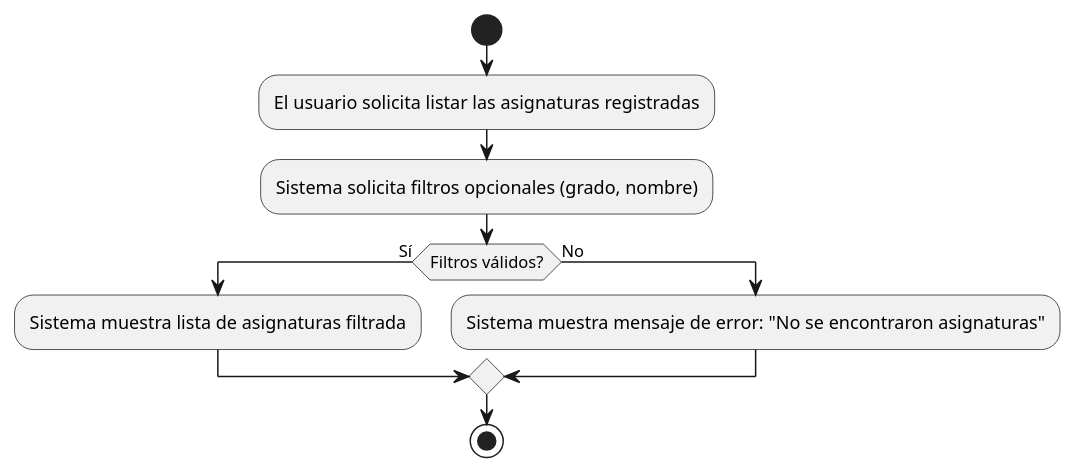
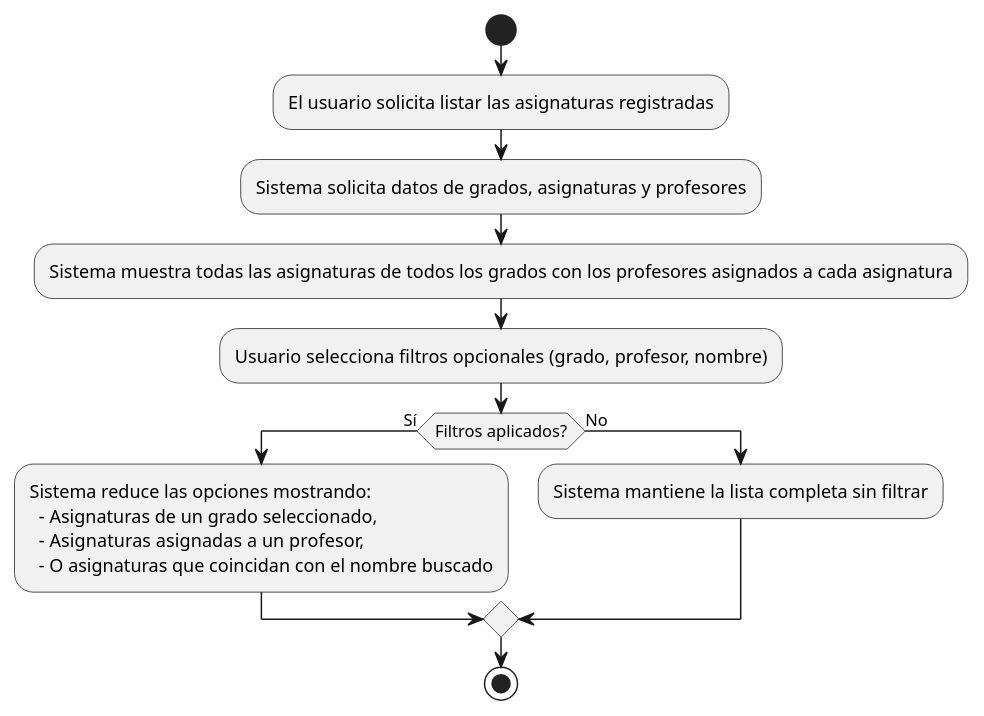
One commit to mmasias/24-25-IdSw1-SDR changed the diagram in casosDeUso/plantUML/MostrarAsignaturas.puml. Above: the diagram before and after it, drawn with PlantUML. The commit also changed 15 other files, not shown here.

Commit message:
Mejore los casos de uso y diagramas

```diff
--- a/casosDeUso/plantUML/MostrarAsignaturas.puml
+++ b/casosDeUso/plantUML/MostrarAsignaturas.puml
@@ -1,11 +1,16 @@
 @startuml
 start
 :El usuario solicita listar las asignaturas registradas;
-:Sistema solicita filtros opcionales (grado, nombre);
-if (Filtros válidos?) then (Sí)
-  :Sistema muestra lista de asignaturas filtrada;
+:Sistema solicita datos de grados, asignaturas y profesores;
+:Sistema muestra todas las asignaturas de todos los grados con los profesores asignados a cada asignatura;
+:Usuario selecciona filtros opcionales (grado, profesor, nombre);
+if (Filtros aplicados?) then (Sí)
+  :Sistema reduce las opciones mostrando:
+    - Asignaturas de un grado seleccionado,
+    - Asignaturas asignadas a un profesor,
+    - O asignaturas que coincidan con el nombre buscado;
 else (No)
-  :Sistema muestra mensaje de error: "No se encontraron asignaturas";
+  :Sistema mantiene la lista completa sin filtrar;
 endif
 stop
 @enduml
```
